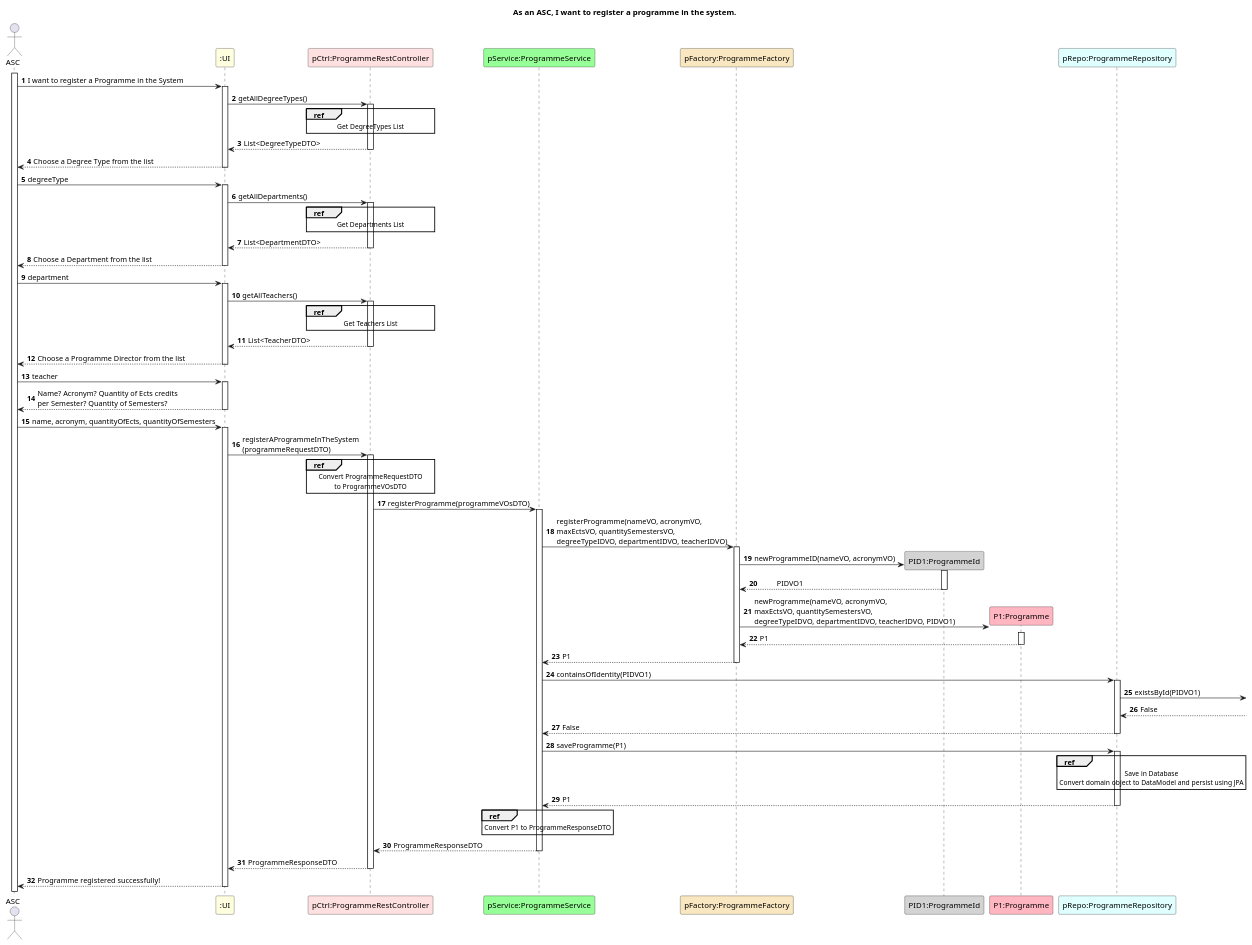
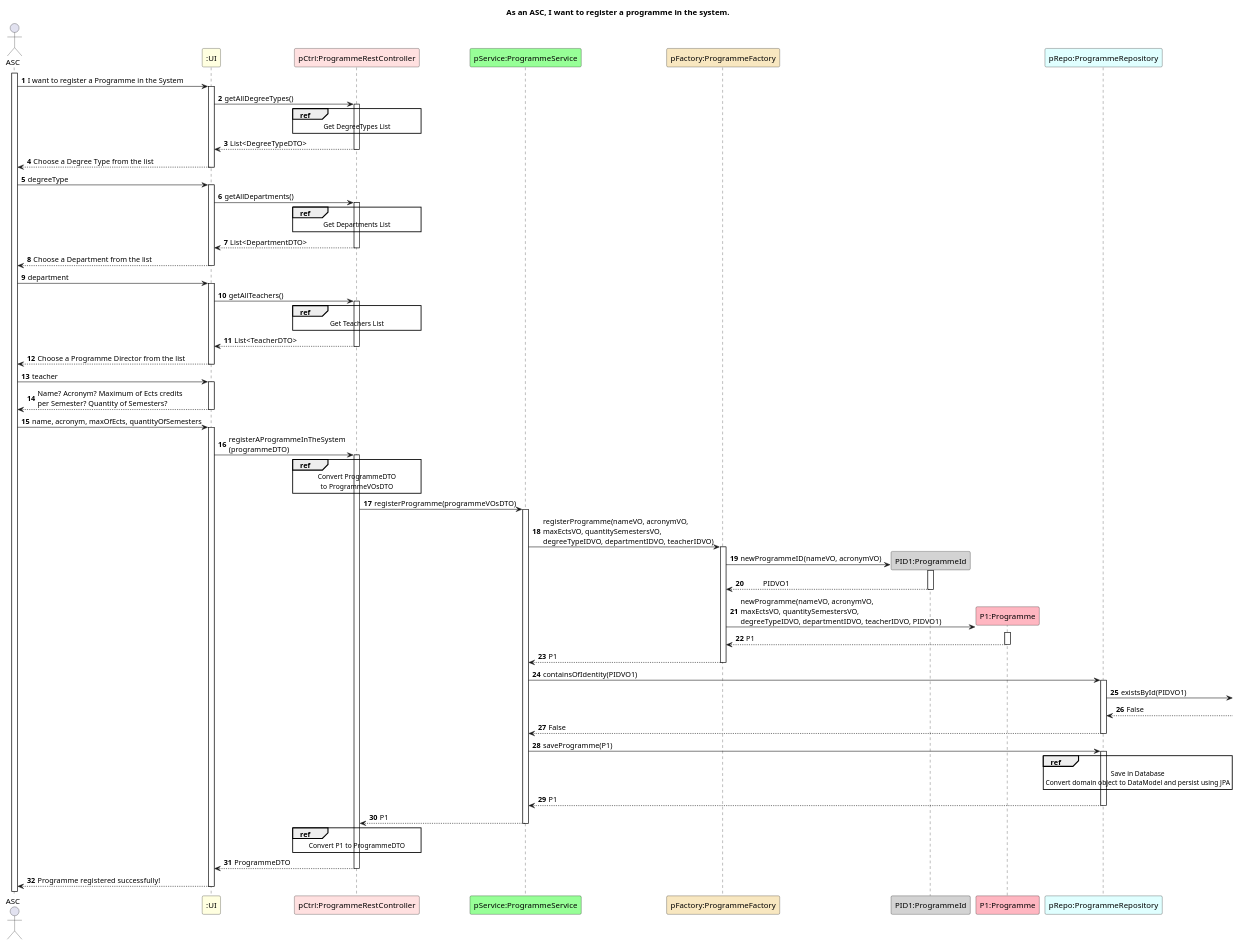
One commit to GasparISEP/DevOps-PAI changed the diagram in docs/US31/RegisterAProgrammeInTheSystemSequenceDiagram.puml. Above: the diagram before and after it, drawn with PlantUML. The commit also changed 1 other file, not shown here.

Commit message:
Corrections to registerProgramme's Sequence Diagram, #505, #523

```diff
--- a/docs/US31/RegisterAProgrammeInTheSystemSequenceDiagram.puml
+++ b/docs/US31/RegisterAProgrammeInTheSystemSequenceDiagram.puml
@@ -1,102 +1,102 @@
 @startuml
 autonumber
 
 title As an ASC, I want to register a programme in the system.
 
 actor ASC as Admin
 
 participant ":UI" as UI #lightyellow
 participant "pCtrl:ProgrammeRestController" as C #implementation
 participant "pService:ProgrammeService" as PS #physical
 participant "pFactory:ProgrammeFactory" as PF #strategy
 participant "PID1:ProgrammeId" as PID #lightgrey
 participant "P1:Programme" as P #lightpink
 participant "pRepo:ProgrammeRepository" as PR #lightcyan
 
 activate Admin
 Admin -> UI ++: I want to register a Programme in the System
 
 UI -> C ++: getAllDegreeTypes()
 
 ref over C
           Get DegreeTypes List
 end ref
 
 C --> UI --: List<DegreeTypeDTO>
 
 UI --> Admin --: Choose a Degree Type from the list
 
 Admin -> UI ++: degreeType
 
 UI -> C ++: getAllDepartments()
 
 ref over C
           Get Departments List
 end ref
 
 C --> UI --: List<DepartmentDTO>
 
 UI --> Admin --: Choose a Department from the list
 
 Admin -> UI ++: department
 
 UI -> C ++: getAllTeachers()
 
 ref over C
           Get Teachers List
 end ref
 
 C --> UI --: List<TeacherDTO>
 
 UI --> Admin --: Choose a Programme Director from the list
 
 Admin -> UI ++: teacher
 
-UI --> Admin --: Name? Acronym? Quantity of Ects credits\nper Semester? Quantity of Semesters?
+UI --> Admin --: Name? Acronym? Maximum of Ects credits\nper Semester? Quantity of Semesters?
 
-Admin -> UI ++: name, acronym, quantityOfEcts, quantityOfSemesters
+Admin -> UI ++: name, acronym, maxOfEcts, quantityOfSemesters
 
-UI -> C ++: registerAProgrammeInTheSystem \n(programmeRequestDTO)
+UI -> C ++: registerAProgrammeInTheSystem \n(programmeDTO)
 
 ref over C
-    Convert ProgrammeRequestDTO
+    Convert ProgrammeDTO
     to ProgrammeVOsDTO
 end ref
 
 C -> PS ++: registerProgramme(programmeVOsDTO)
 
 PS -> PF ++: registerProgramme(nameVO, acronymVO, \nmaxEctsVO, quantitySemestersVO, \ndegreeTypeIDVO, departmentIDVO, teacherIDVO)
 
 PF -> PID **: newProgrammeID(nameVO, acronymVO)
 activate PID
 PID --> PF --: \t PIDVO1
 PF -> P **: newProgramme(nameVO, acronymVO, \nmaxEctsVO, quantitySemestersVO, \ndegreeTypeIDVO, departmentIDVO, teacherIDVO, PIDVO1)
 activate P
 
 P --> PF --: P1
 PF --> PS --: P1
 
 PS -> PR++ :containsOfIdentity(PIDVO1)
 PR -> : existsById(PIDVO1)
 PR <-- : False
 PR --> PS-- : False
 PS -> PR ++: saveProgramme(P1)
 
 ref over PR
     Save in Database
     Convert domain object to DataModel and persist using JPA
 end ref
 
 PR --> PS --: P1
 
-ref over PS
-    Convert P1 to ProgrammeResponseDTO
+PS --> C --: P1
+
+ref over C
+    Convert P1 to ProgrammeDTO
 end ref
 
-PS --> C --: ProgrammeResponseDTO
-
-C --> UI --: ProgrammeResponseDTO
+C --> UI --: ProgrammeDTO
 
 UI --> Admin --: Programme registered successfully!
 
 @enduml
```
